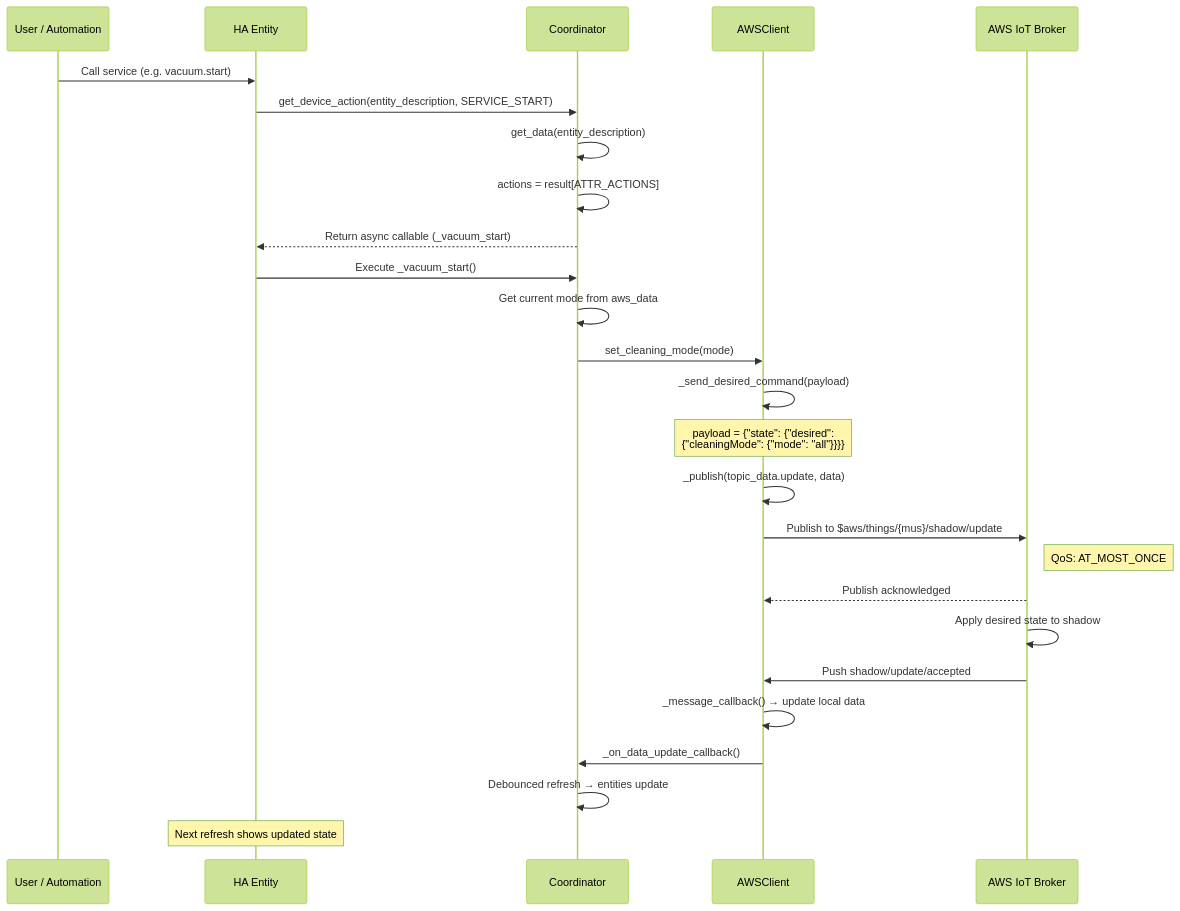
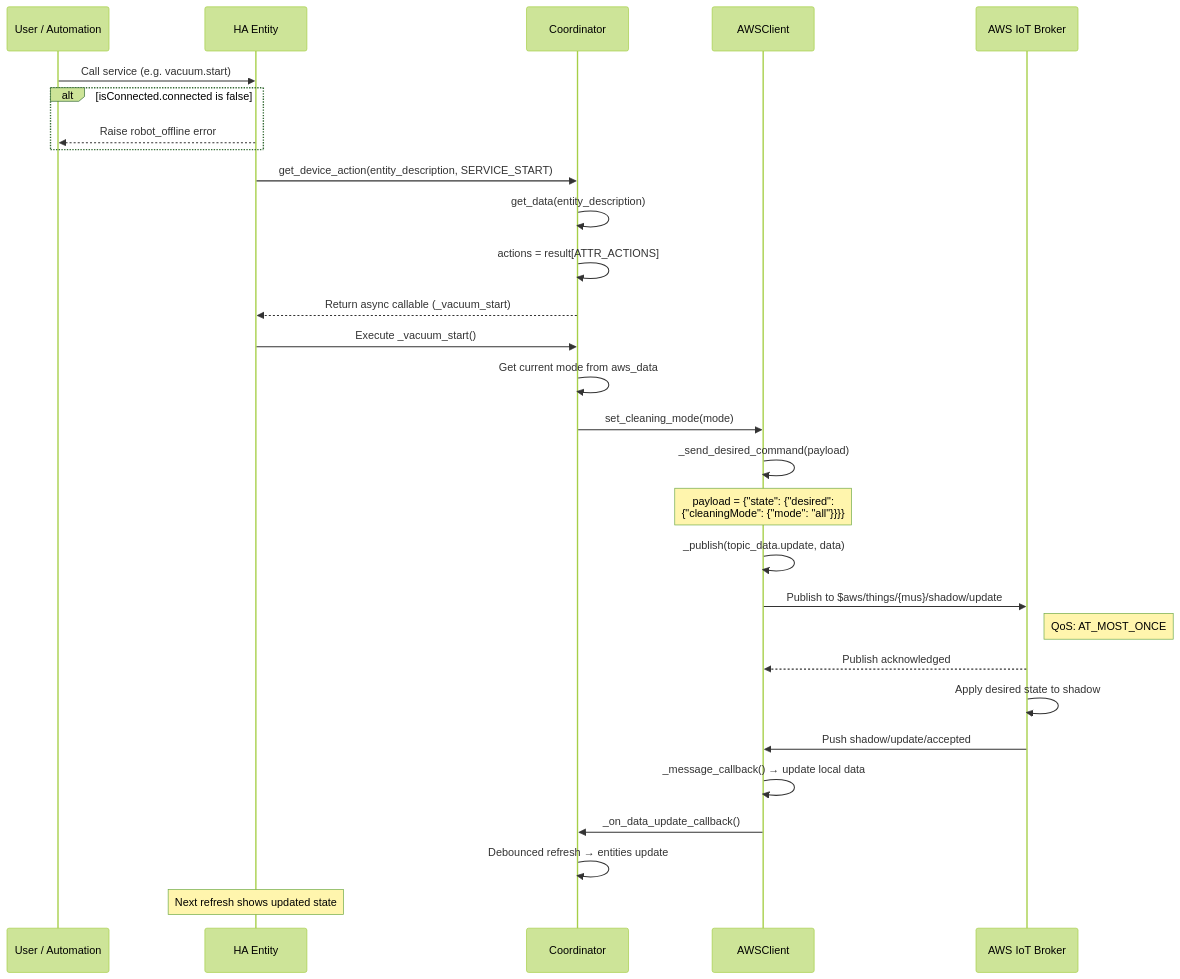
The second of 4 diagrams in docs/Maytronics/05-entity-actions.md (sh00t2kill/dolphin-robot), drawn with Mermaid (forest theme) before and after one commit. The commit also changed other lines of this file and 9 other files, not shown here.

First line of the commit message:
Mark the robot unavailable while its power supply is offline

````diff
--- a/docs/Maytronics/05-entity-actions.md
+++ b/docs/Maytronics/05-entity-actions.md
@@ -107,36 +107,41 @@
 ```mermaid
 sequenceDiagram
     participant User as User / Automation
     participant Entity as HA Entity
     participant Coord as Coordinator
     participant AWS as AWSClient
     participant Broker as AWS IoT Broker
 
     User->>Entity: Call service (e.g. vacuum.start)
+
+    alt isConnected.connected is false
+        Entity-->>User: Raise robot_offline error
+    end
+
     Entity->>Coord: get_device_action(entity_description, SERVICE_START)
 
     Coord->>Coord: get_data(entity_description)
     Coord->>Coord: actions = result[ATTR_ACTIONS]
     Coord-->>Entity: Return async callable (_vacuum_start)
 
     Entity->>Coord: Execute _vacuum_start()
 
     Coord->>Coord: Get current mode from aws_data
     Coord->>AWS: set_cleaning_mode(mode)
 
     AWS->>AWS: _send_desired_command(payload)
     Note over AWS: payload = {"state": {"desired":<br/>{"cleaningMode": {"mode": "all"}}}}
 
     AWS->>AWS: _publish(topic_data.update, data)
     AWS->>Broker: Publish to $aws/things/{mus}/shadow/update
     Note right of Broker: QoS: AT_MOST_ONCE
 
     Broker-->>AWS: Publish acknowledged
     Broker->>Broker: Apply desired state to shadow
     Broker->>AWS: Push shadow/update/accepted
     AWS->>AWS: _message_callback() → update local data
     AWS->>Coord: _on_data_update_callback()
     Coord->>Coord: Debounced refresh → entities update
 
     Note over Entity: Next refresh shows updated state
 ```
````
